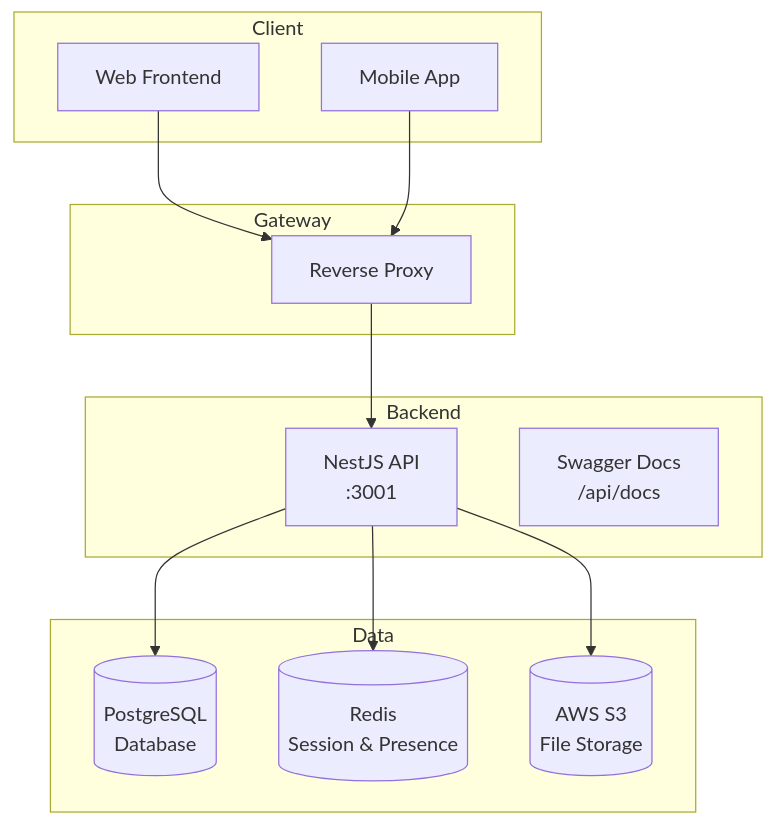
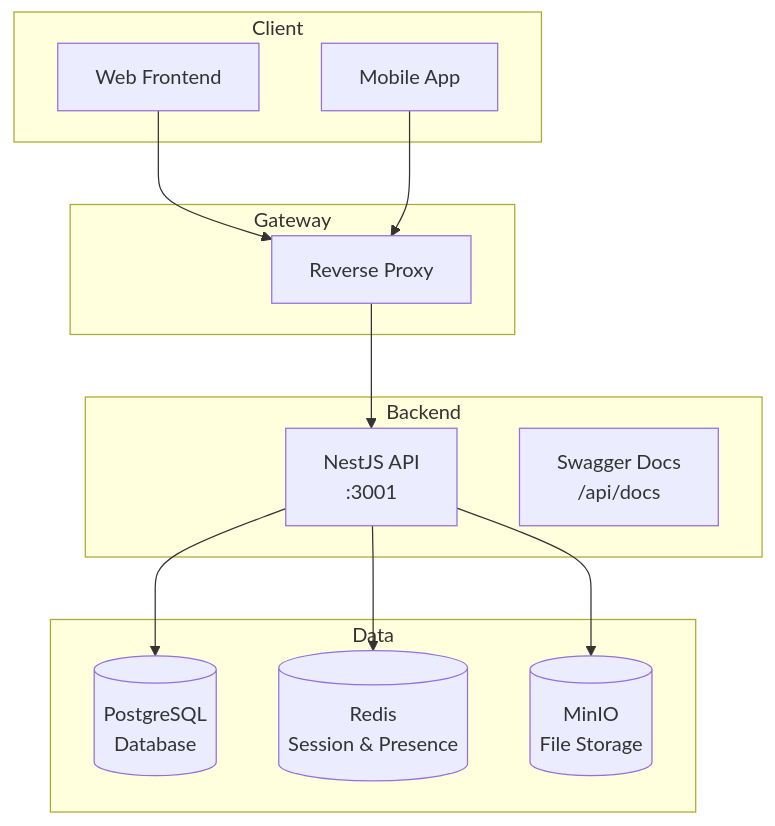
The diagram in backEnd/README.md (xwh1054193517/EStarBlog), drawn with Mermaid before and after one commit. The commit also changed other lines of this file and 14 other files, not shown here.

````diff
--- a/backEnd/README.md
+++ b/backEnd/README.md
@@ -24,29 +26,29 @@
 ```mermaid
 graph TB
     subgraph Client
         WEB[Web Frontend]
         MOBILE[Mobile App]
     end
 
     subgraph Gateway
         NGINX[Reverse Proxy]
     end
 
     subgraph Backend
         API[NestJS API<br/>:3001]
         SWAGGER[Swagger Docs<br/>/api/docs]
     end
 
     subgraph Data
         PG[(PostgreSQL<br/>Database)]
         REDIS[(Redis<br/>Session & Presence)]
-        S3[(AWS S3<br/>File Storage)]
+        MINIO[(MinIO<br/>File Storage)]
     end
 
     WEB --> NGINX
     MOBILE --> NGINX
     NGINX --> API
     API --> PG
     API --> REDIS
-    API --> S3
+    API --> MINIO
 ```
````
